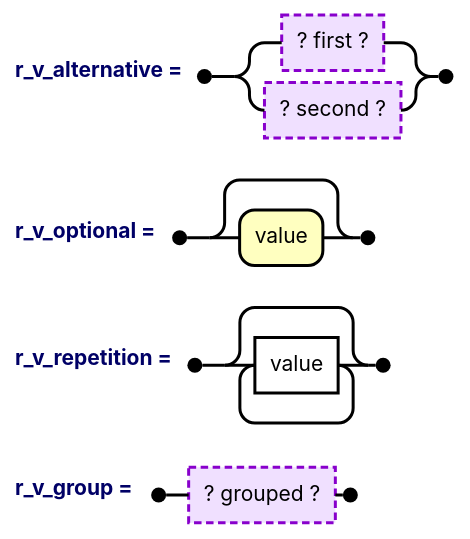
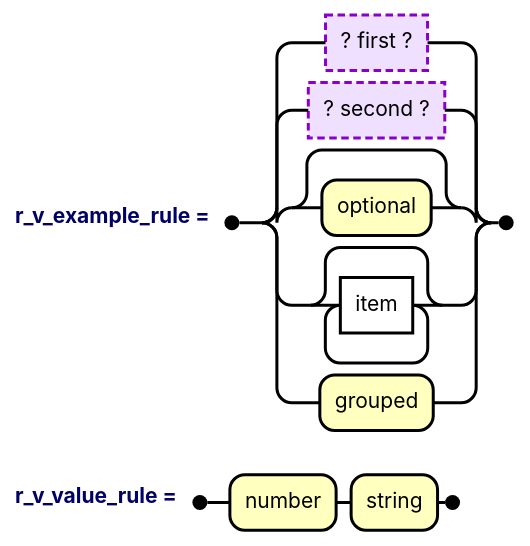
One commit to szpak-dev/mermaiden changed the diagram in docs/contracts/configuration-rendering/sources/railroad-ebnf-beta.mmd. Above: the diagram before and after it, drawn with Mermaid (neutral theme). The commit also changed 107 other files, not shown here.

```diff
--- a/docs/contracts/configuration-rendering/sources/railroad-ebnf-beta.mmd
+++ b/docs/contracts/configuration-rendering/sources/railroad-ebnf-beta.mmd
@@ -1,10 +1,8 @@
 ---
 config:
   wrap: true
-  railroad: {"useWidth": 0.0, "useMaxWidth": true, "compactMode": false, "padding": 10.0, "verticalSeparation": 8.0, "horizontalSeparation": 10.0, "arcRadius": 10.0, "fontSize": 14.0, "fontFamily": "monospace", "terminalFill": "#FFFFC0", "terminalStroke": "#000000", "terminalTextColor": "#000000", "nonTerminalFill": "#FFFFFF", "nonTerminalStroke": "#000000", "nonTerminalTextColor": "#000000", "lineColor": "#000000", "strokeWidth": 2.0, "markerFill": "#000000", "commentFill": "#E8E8E8", "commentStroke": "#888888", "commentTextColor": "#666666", "specialFill": "#F0E0FF", "specialStroke": "#8800CC", "ruleNameColor": "#000066", "showMarkers": true, "markerRadius": 5.0}
+  railroad: {"useWidth": 960.0, "useMaxWidth": true, "compactMode": false, "padding": 10.0, "verticalSeparation": 8.0, "horizontalSeparation": 10.0, "arcRadius": 10.0, "fontSize": 14.0, "fontFamily": "monospace", "terminalFill": "#FFFFC0", "terminalStroke": "#000000", "terminalTextColor": "#000000", "nonTerminalFill": "#FFFFFF", "nonTerminalStroke": "#000000", "nonTerminalTextColor": "#000000", "lineColor": "#000000", "strokeWidth": 2.0, "markerFill": "#000000", "commentFill": "#E8E8E8", "commentStroke": "#888888", "commentTextColor": "#666666", "specialFill": "#F0E0FF", "specialStroke": "#8800CC", "ruleNameColor": "#000066", "showMarkers": true, "markerRadius": 5.0}
 ---
 railroad-ebnf-beta
-r_v_alternative = ? first ? | ? second ? ;
-r_v_optional = [ "value" ] ;
-r_v_repetition = { value } ;
-r_v_group = ( ? grouped ? ) ;
+r_v_example_rule = ? first ? | ? second ? | [ "optional" ] | { item } | ( "grouped" ) ;
+r_v_value_rule = "number" "string" ;
```
